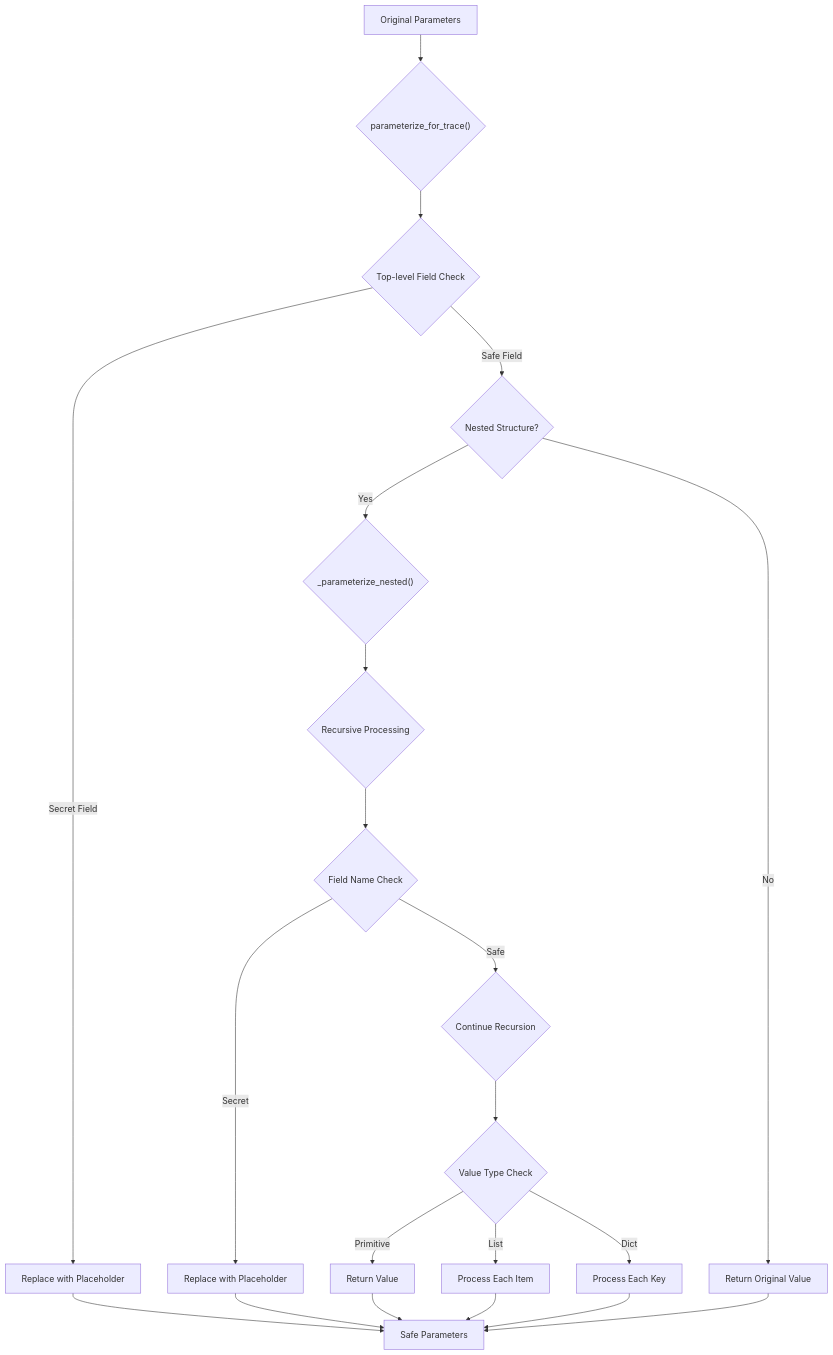
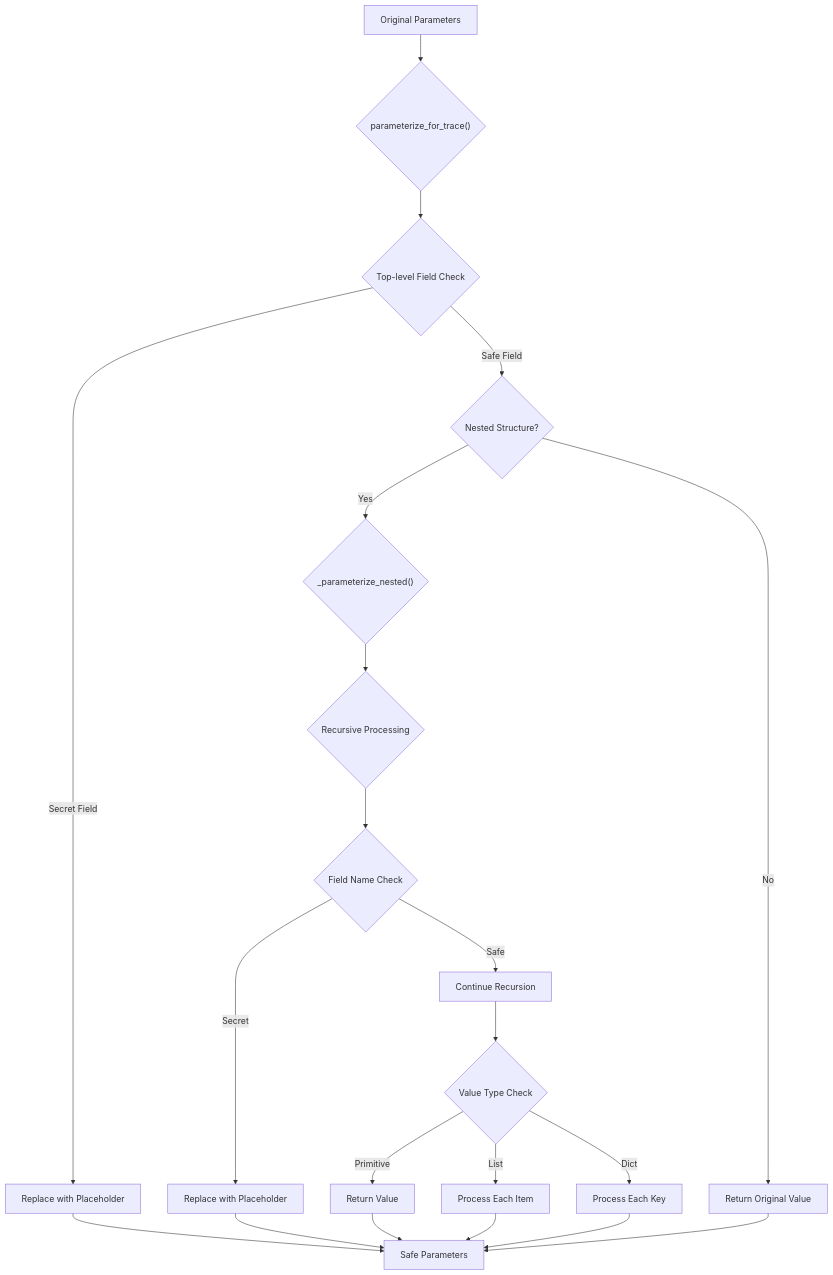
One commit to metasync/luban-aiops changed the seventh of 44 diagrams in .qoder/repowiki/en/content/Agent Platform Service/Agent Platform Service.md. Above: the diagram before and after it, drawn with Mermaid. The commit also changed other lines of this file and 21 other files, not shown here.

````diff
--- a/.qoder/repowiki/en/content/Agent Platform Service/Agent Platform Service.md
+++ b/.qoder/repowiki/en/content/Agent Platform Service/Agent Platform Service.md
@@ -900,23 +988,23 @@
 ```mermaid
 flowchart TD
 A["Original Parameters"] --> B{"parameterize_for_trace()"}
 B --> C{"Top-level Field Check"}
 C --> |Secret Field| D["Replace with Placeholder"]
 C --> |Safe Field| E{"Nested Structure?"}
 E --> |Yes| F{"_parameterize_nested()"}
 F --> G{"Recursive Processing"}
 G --> H{"Field Name Check"}
 H --> |Secret| I["Replace with Placeholder"]
-H --> |Safe| J{"Continue Recursion"}
+H --> |Safe| J["Continue Recursion"]
 J --> K{"Value Type Check"}
 K --> |Dict| L["Process Each Key"]
 K --> |List| M["Process Each Item"]
 K --> |Primitive| N["Return Value"]
 E --> |No| O["Return Original Value"]
 D --> P["Safe Parameters"]
 I --> P
 N --> P
 M --> P
 L --> P
 O --> P
 ```
````
